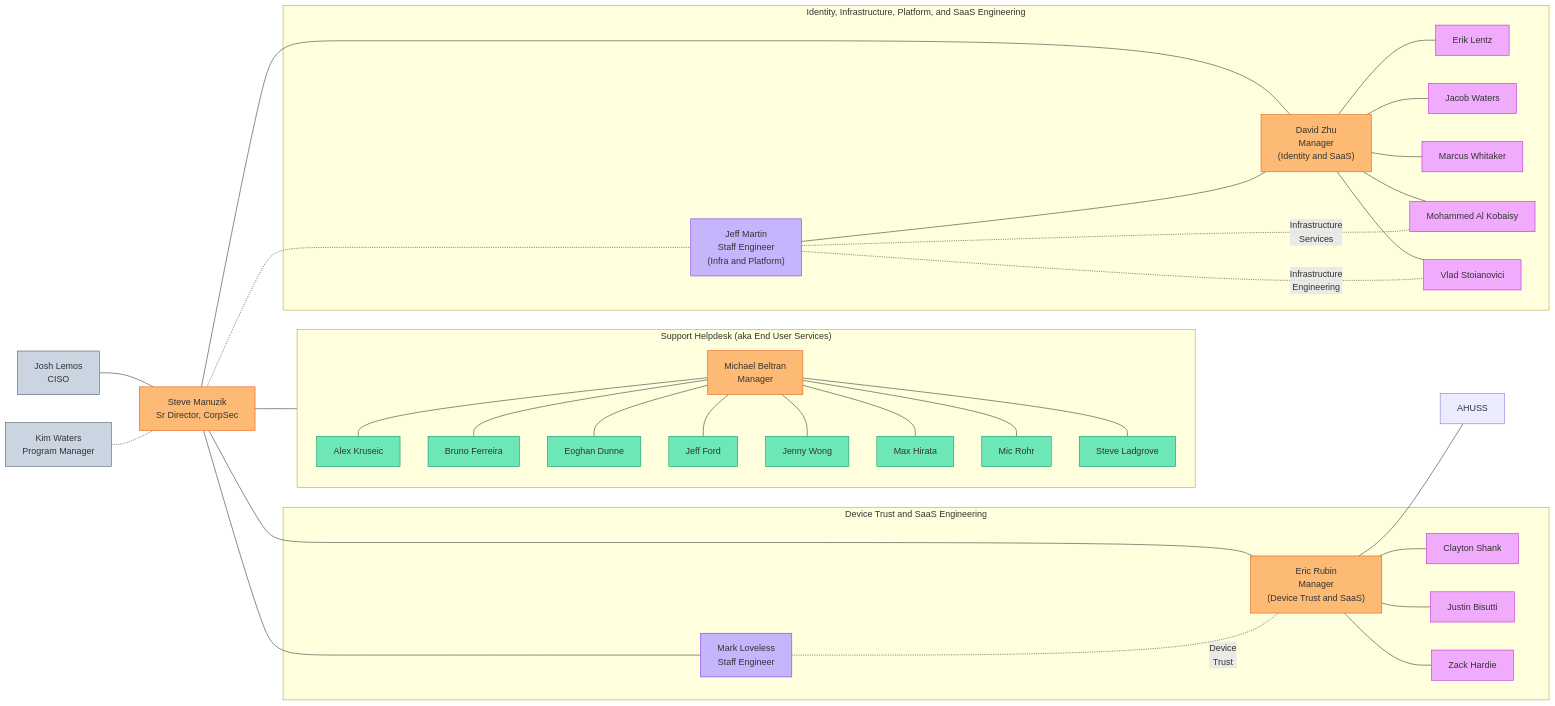
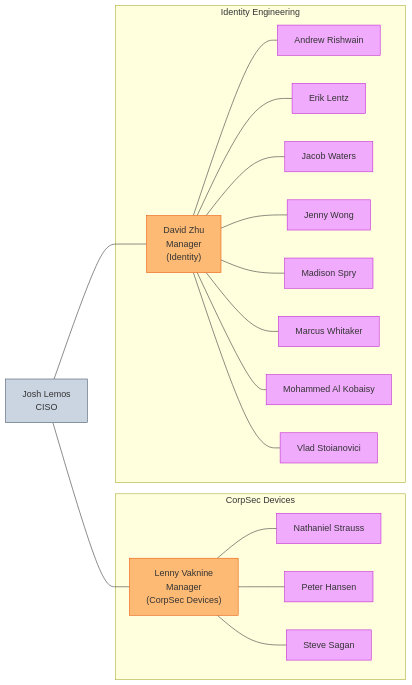
The second of 2 diagrams in content/handbook/security/corporate/team/_index.md (kyama0/gitlab-handbook-ja), drawn with Mermaid before and after one commit. The commit also changed other lines of this file and 145 other files, not shown here.

````diff
--- a/content/handbook/security/corporate/team/_index.md
+++ b/content/handbook/security/corporate/team/_index.md
@@ -519,80 +283,51 @@
 ```mermaid
 graph LR
 
 JLEMOS["Josh Lemos<br>CISO"]:::slate
-KWATERS["Kim Waters<br>Program Manager"]:::slate
-SMANZUIK["Steve Manuzik<br>Sr Director, CorpSec"]:::orange
 
-subgraph "Support Helpdesk (aka End User Services)"
-direction TB
-AKRUSIEC["Alex Kruseic"]:::emerald
-BFERREIRA["Bruno Ferreira"]:::emerald
-EDUNNE["Eoghan Dunne"]:::emerald
-JFORD["Jeff Ford"]:::emerald
-JWONG["Jenny Wong"]:::emerald
-MBELTRAN["Michael Beltran<br>Manager"]:::orange
-MHIRATA["Max Hirata"]:::emerald
-MROHR["Mic Rohr"]:::emerald
-SLADGROVE["Steve Ladgrove"]:::emerald
+subgraph "CorpSec Devices"
+LVAKNINE["Lenny Vaknine<br>Manager<br>(CorpSec Devices)"]:::orange
+NSTRAUSS["Nathaniel Strauss"]:::fuchsia
+PHANSEN["Peter Hansen"]:::fuchsia
+SSAGAN["Steve Sagan"]:::fuchsia
 end
 
-subgraph "Device Trust and SaaS Engineering"
-MLOVELESS["Mark Loveless<br>Staff Engineer"]:::violet
-CSHANK["Clayton Shank"]:::fuchsia
-ERUBIN["Eric Rubin<br>Manager<br>(Device Trust and SaaS)"]:::orange
-JBISUTTI["Justin Bisutti"]:::fuchsia
-ZHARDIE["Zack Hardie"]:::fuchsia
-end
-
-subgraph "Identity, Infrastructure, Platform, and SaaS Engineering"
-DZHU["David Zhu<br>Manager<br>(Identity and SaaS)"]:::orange
+subgraph "Identity Engineering"
+DZHU["David Zhu<br>Manager<br>(Identity)"]:::orange
+ARISHWAIN["Andrew Rishwain"]:::fuchsia
 ELENTZ["Erik Lentz"]:::fuchsia
 JWATERS["Jacob Waters"]:::fuchsia
+JWONG["Jenny Wong"]:::fuchsia
+MSPRY["Madison Spry"]:::fuchsia
 MWHITAKER["Marcus Whitaker"]:::fuchsia
 MALKOBAISY["Mohammed Al Kobaisy"]:::fuchsia
 VSTOIANOVICI["Vlad Stoianovici"]:::fuchsia
-JMARTIN["Jeff Martin<br>Staff Engineer<br>(Infra and Platform)"]:::violet
 end
 
-JLEMOS --- SMANZUIK
-SMANZUIK --- MBELTRAN
-SMANZUIK --- ERUBIN
-SMANZUIK --- DZHU
-KWATERS -.- SMANZUIK
-MLOVELESS -. Device<br>Trust .- ERUBIN
+JLEMOS --- LVAKNINE
+JLEMOS --- DZHU
 
-MBELTRAN --- AKRUSIEC
-MBELTRAN --- BFERREIRA
-MBELTRAN --- EDUNNE
-MBELTRAN --- JFORD
-MBELTRAN --- JWONG
-MBELTRAN --- MHIRATA
-MBELTRAN --- MROHR
-MBELTRAN --- SLADGROVE
 
-ERUBIN --- AHUSS
-ERUBIN --- CSHANK
-ERUBIN --- ZHARDIE
-ERUBIN --- JBISUTTI
+LVAKNINE --- NSTRAUSS
+LVAKNINE --- PHANSEN
+LVAKNINE --- SSAGAN
 
+DZHU --- ARISHWAIN
+DZHU --- ELENTZ
 DZHU --- JWATERS
-DZHU --- ELENTZ
+DZHU --- JWONG
+DZHU --- MSPRY
 DZHU --- MWHITAKER
 DZHU --- MALKOBAISY
 DZHU --- VSTOIANOVICI
-JMARTIN --- DZHU
-SMANZUIK --- MLOVELESS
-SMANZUIK -.- JMARTIN
-JMARTIN -. Infrastructure<br>Services .- MALKOBAISY
-JMARTIN -. Infrastructure<br>Engineering .- VSTOIANOVICI
 
 classDef slate fill:#cbd5e1,stroke:#475569,stroke-width:1px;
 classDef red fill:#fca5a5,stroke:#dc2626,stroke-width:1px;
 classDef orange fill:#fdba74,stroke:#ea580c,stroke-width:1px;
 classDef yellow fill:#fcd34d,stroke:#ca8a04,stroke-width:1px;
 classDef emerald fill:#6ee7b7,stroke:#059669,stroke-width:1px;
 classDef cyan fill:#67e8f9,stroke:#0891b2,stroke-width:1px;
 classDef sky fill:#7dd3fc,stroke:#0284c7,stroke-width:1px;
 classDef violet fill:#c4b5fd,stroke:#7c3aed,stroke-width:1px;
 classDef fuchsia fill:#f0abfc,stroke:#c026d3,stroke-width:1px;
 ```
````
